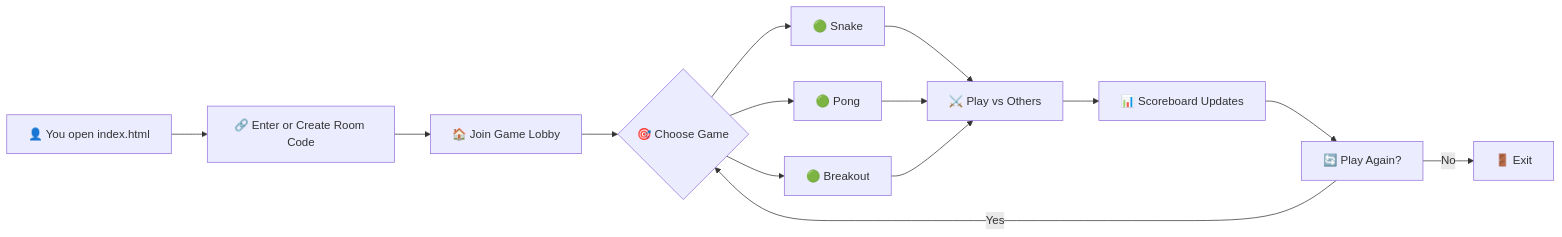
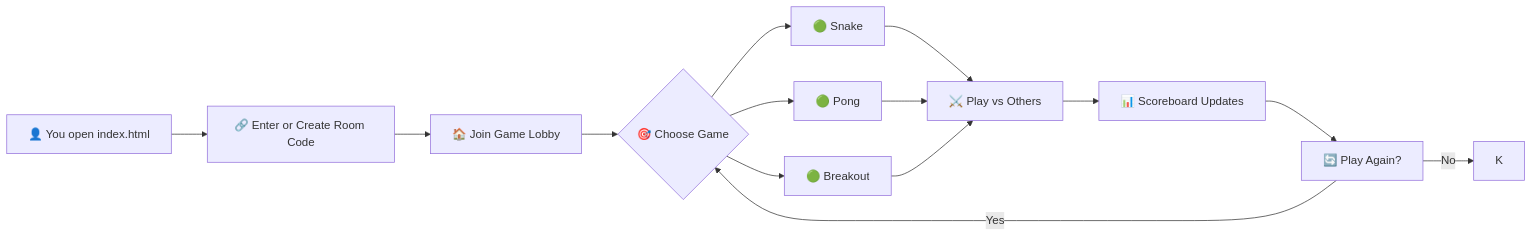
One commit to shubhyagami/gameroom changed the diagram in README.md. Above: the diagram before and after it, drawn with Mermaid. The commit also changed other lines of this file, not shown here.

````diff
--- a/README.md
+++ b/README.md
@@ -48,16 +48,16 @@
 ```mermaid
 flowchart LR
     A[👤 You open index.html] --> B[🔗 Enter or Create Room Code]
     B --> C[🏠 Join Game Lobby]
     C --> D{🎯 Choose Game}
     D --> E[🟢 Snake]
     D --> F[🟢 Pong]
     D --> G[🟢 Breakout]
     E --> H[⚔️ Play vs Others]
     F --> H
     G --> H
     H --> I[📊 Scoreboard Updates]
     I --> J[🔄 Play Again?]
     J -->|Yes| D
-    J -->|No| K[🚪 Exit]
+    J -->|No| K
 ```
````
